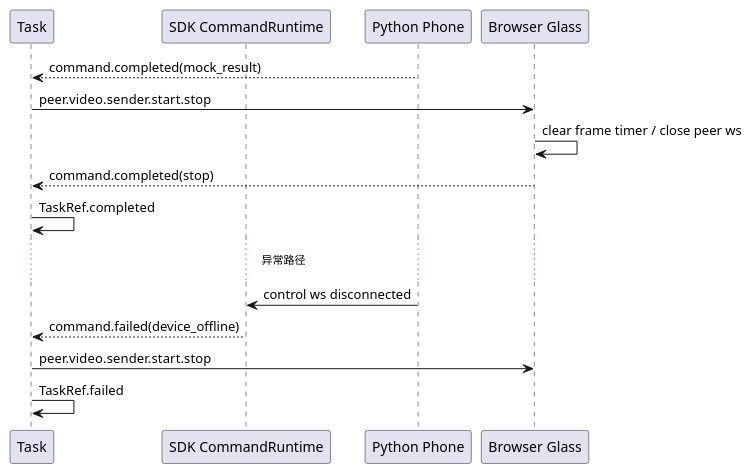
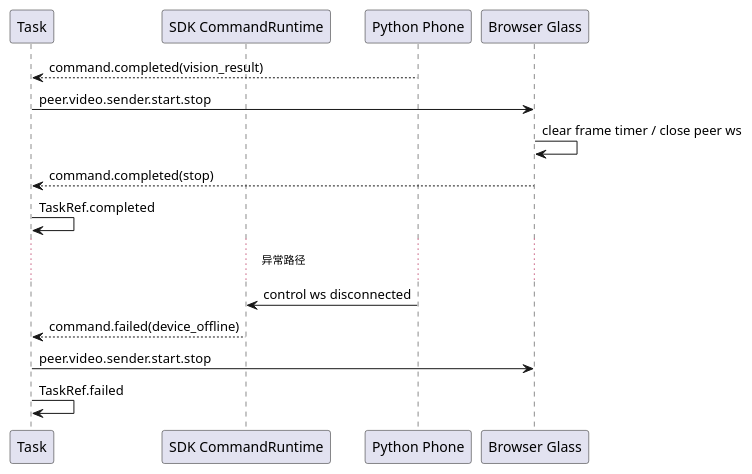
One commit to HengeLiu/RealtimeAgent changed the second of 3 diagrams in examples/for-blind-app/docs/devices/peer-video-link-task-design.md. Above: the diagram before and after it, drawn with PlantUML. The commit also changed other lines of this file and 25 other files, not shown here.

````diff
--- a/examples/for-blind-app/docs/devices/peer-video-link-task-design.md
+++ b/examples/for-blind-app/docs/devices/peer-video-link-task-design.md
@@ -243,21 +249,21 @@
 ```plantuml
 @startuml
 participant "Task" as Task
 participant "SDK CommandRuntime" as SDK
 participant "Python Phone" as Phone
 participant "Browser Glass" as Glass
 
-Phone --> Task : command.completed(mock_result)
+Phone --> Task : command.completed(vision_result)
 Task -> Glass : peer.video.sender.start.stop
 Glass -> Glass : clear frame timer / close peer ws
 Glass --> Task : command.completed(stop)
 Task -> Task : TaskRef.completed
 
 ...异常路径...
 
 Phone -> SDK : control ws disconnected
 SDK --> Task : command.failed(device_offline)
 Task -> Glass : peer.video.sender.start.stop
 Task -> Task : TaskRef.failed
 @enduml
 ```
````
